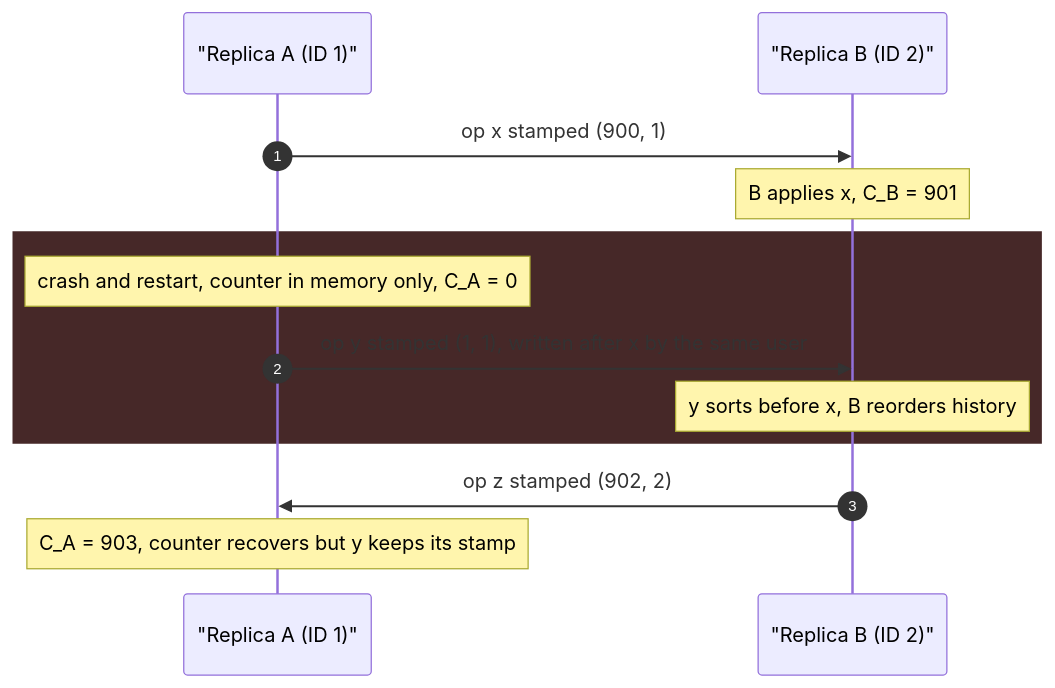
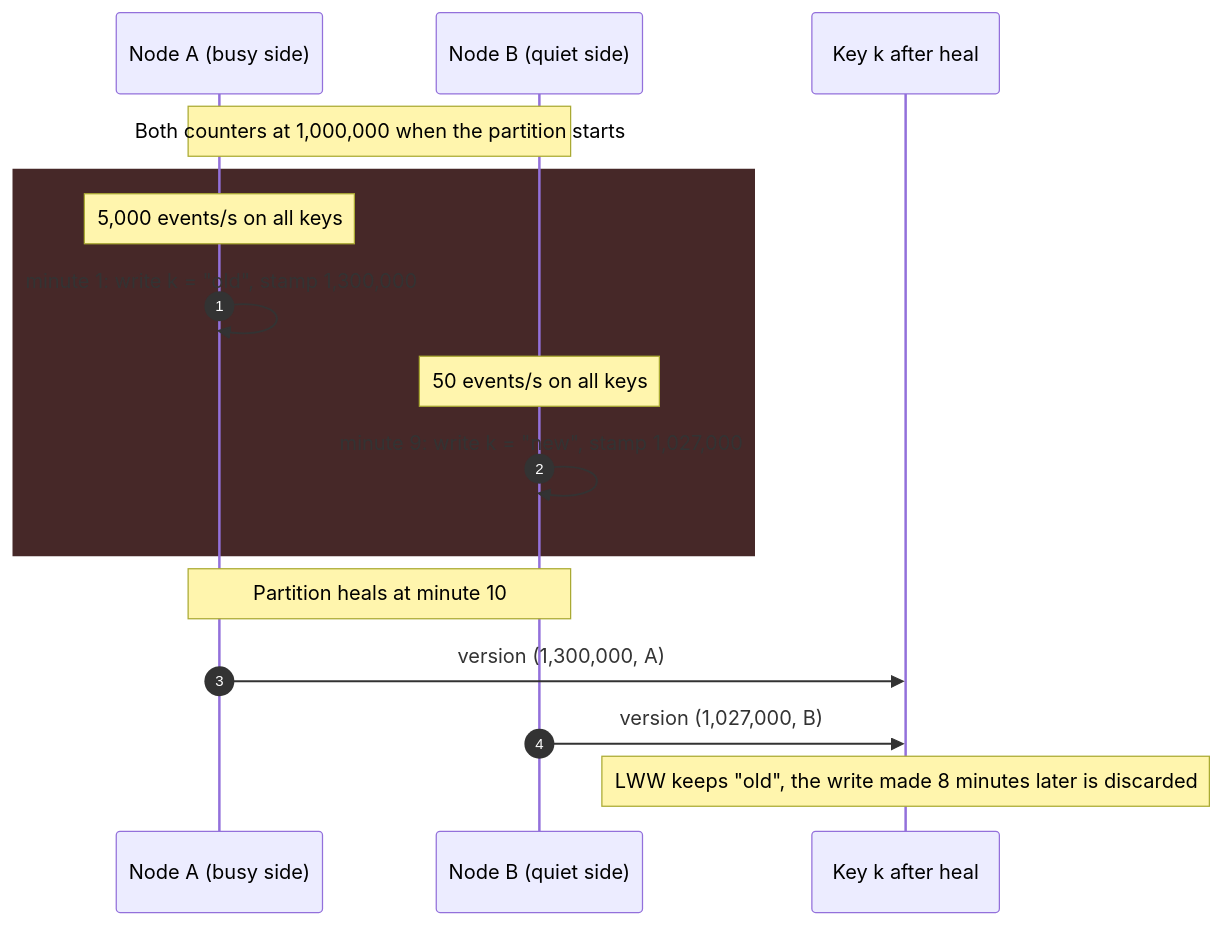
Before and after one commit to gorkemsari/distributed-systems: the fifth of 6 diagrams in src/content/docs/en/foundations/time-and-ordering/lamport-timestamps.mdx, drawn with Mermaid. The commit also changed other lines of this file and 3 other files, not shown here.

````diff
--- a/src/content/docs/en/foundations/time-and-ordering/lamport-timestamps.mdx
+++ b/src/content/docs/en/foundations/time-and-ordering/lamport-timestamps.mdx
@@ -176,15 +179,18 @@
 ```mermaid
 sequenceDiagram
     autonumber
-    participant A as "Replica A (ID 1)"
-    participant B as "Replica B (ID 2)"
-    A->>B: op x stamped (900, 1)
-    Note over B: B applies x, C_B = 901
+    participant A as Node A (busy side)
+    participant B as Node B (quiet side)
+    participant K as Key k after heal
+    Note over A,B: Both counters at 1,000,000 when the partition starts
     rect rgb(70, 40, 40)
-    Note over A: crash and restart, counter in memory only, C_A = 0
-    A->>B: op y stamped (1, 1), written after x by the same user
-    Note over B: y sorts before x, B reorders history
+    Note over A: 5,000 events/s on all keys
+    A->>A: minute 1: write k = "old", stamp 1,300,000
+    Note over B: 50 events/s on all keys
+    B->>B: minute 9: write k = "new", stamp 1,027,000
     end
-    B->>A: op z stamped (902, 2)
-    Note over A: C_A = 903, counter recovers but y keeps its stamp
+    Note over A,B: Partition heals at minute 10
+    A->>K: version (1,300,000, A)
+    B->>K: version (1,027,000, B)
+    Note over K: LWW keeps "old", the write made 8 minutes later is discarded
 ```
````
